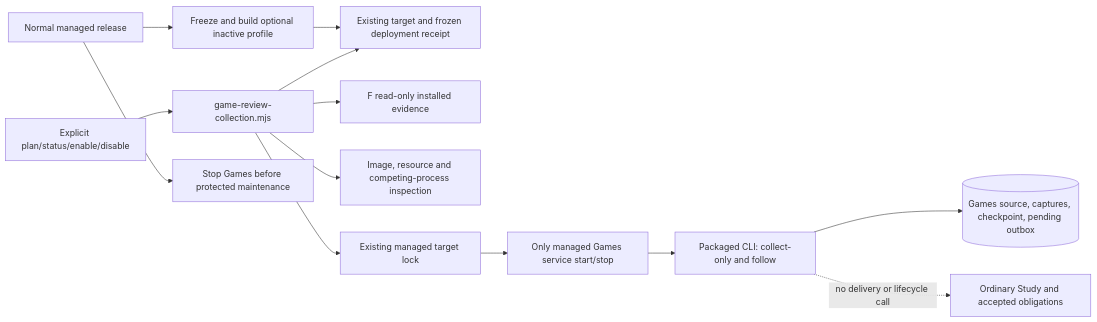
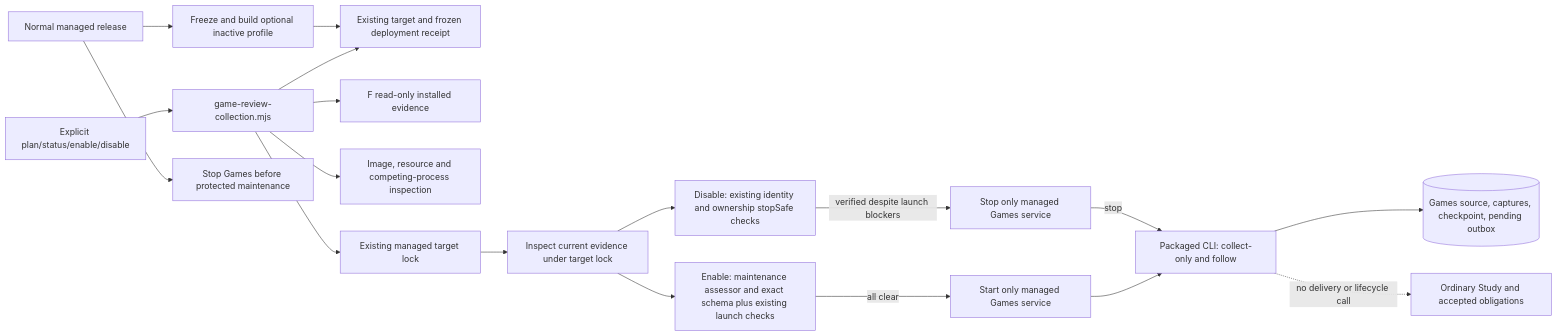
Before and after one commit to aaweaver-actuary/tempo: the third of 3 diagrams in scripts/README.md, drawn with Mermaid. The commit also changed other lines of this file and 3 other files, not shown here.

Commit message:
fix: fence Games collection enable on maintenance and schema state

````diff
--- a/scripts/README.md
+++ b/scripts/README.md
@@ -292,16 +300,21 @@
 ```mermaid
 flowchart LR
     Operator[Explicit plan/status/enable/disable] --> Wrapper[game-review-collection.mjs]
     Wrapper --> Registration[Existing target and frozen deployment receipt]
     ManagedRelease[Normal managed release] --> FrozenProfile[Freeze and build optional inactive profile]
     ManagedRelease --> Maintenance[Stop Games before protected maintenance]
     FrozenProfile --> Registration
     Wrapper --> Reader[F read-only installed evidence]
     Wrapper --> Inventory[Image, resource and competing-process inspection]
     Wrapper --> Lock[Existing managed target lock]
-    Lock --> Compose[Only managed Games service start/stop]
-    Compose --> Collector[Packaged CLI: collect-only and follow]
+    Lock --> Inspect[Inspect current evidence under target lock]
+    Inspect --> EnableChecks[Enable: maintenance assessor and exact schema plus existing launch checks]
+    EnableChecks -->|all clear| ComposeStart[Start only managed Games service]
+    Inspect --> StopChecks[Disable: existing identity and ownership stopSafe checks]
+    StopChecks -->|verified despite launch blockers| ComposeStop[Stop only managed Games service]
+    ComposeStart --> Collector[Packaged CLI: collect-only and follow]
+    ComposeStop -->|stop| Collector
     Collector --> Games[(Games source, captures, checkpoint, pending outbox)]
     Study[Ordinary Study and accepted obligations]
     Collector -. no delivery or lifecycle call .-> Study
 ```
````
